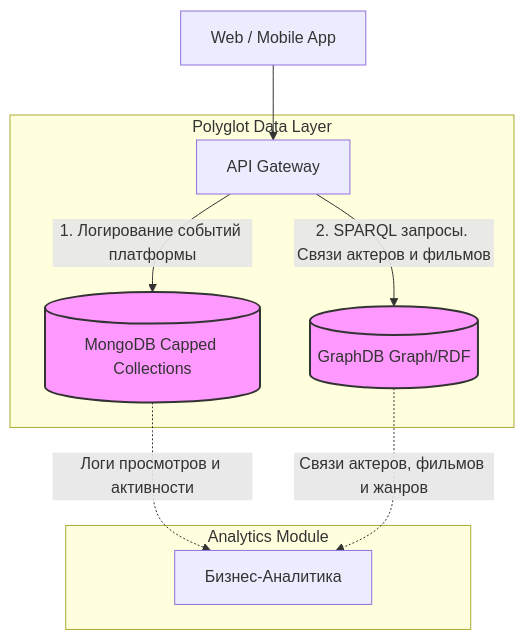
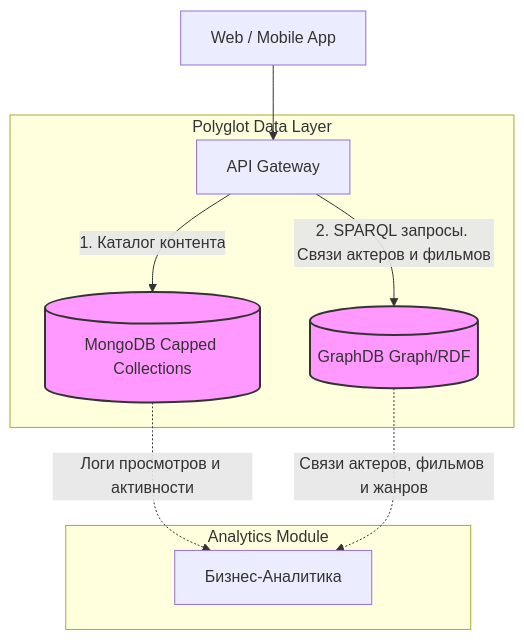
The diagram in pw_02/README.md (wyamka/BigData-MGPU), drawn with Mermaid before and after one commit. The commit also changed other lines of this file, not shown here.

````diff
--- a/pw_02/README.md
+++ b/pw_02/README.md
@@ -18,19 +18,19 @@
 ```mermaid
 graph TD
     Client[Web / Mobile App] --> API[API Gateway]
 
 
     subgraph Polyglot Data Layer
-        API -->|1. Логирование событий платформы| Mongo[(MongoDB Capped Collections)]
+        API -->|1. Каталог контента| Mongo[(MongoDB Capped Collections)]
         API -->|2. SPARQL запросы. Связи актеров и фильмов| Graph[(GraphDB Graph/RDF)]
     end
 
 
     subgraph Analytics Module
         Mongo -.->|Логи просмотров и активности| BI[Бизнес-Аналитика]
         Graph -.->|Связи актеров, фильмов и жанров| BI[Бизнес-Аналитика]
     end
 
     classDef db fill:#f9f,stroke:#333,stroke-width:2px;
     class Mongo,Graph db;
 ```
````
